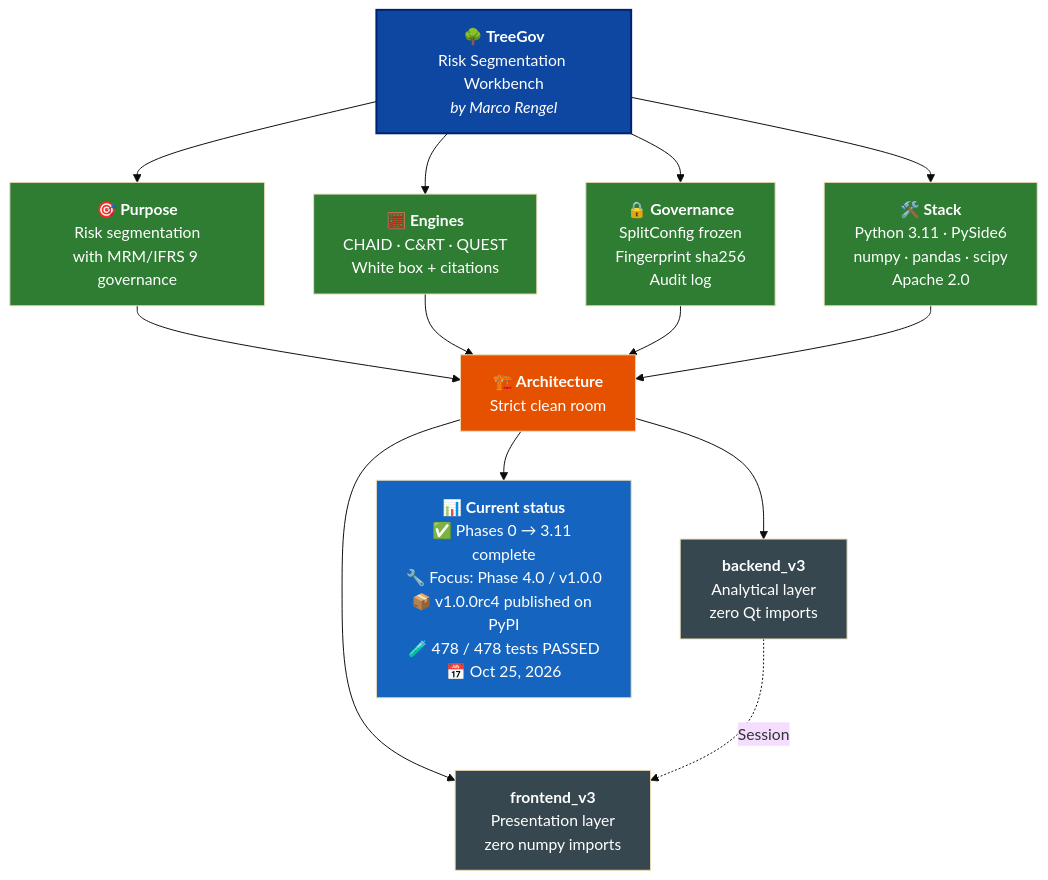
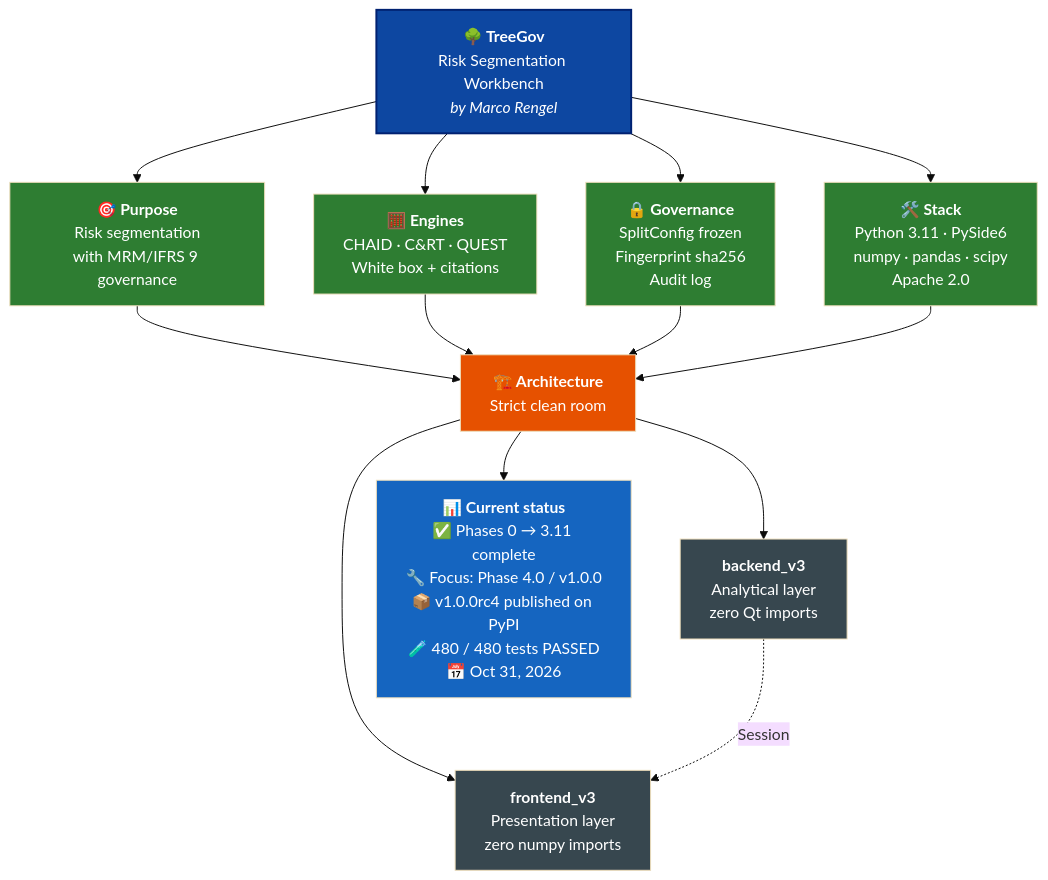
The diagram in README.md (Marco-Rengel/treegov), drawn with Mermaid (base theme) before and after one commit. The commit also changed other lines of this file and 23 other files, not shown here.

````diff
--- a/README.md
+++ b/README.md
@@ -38,31 +38,31 @@
 ```mermaid
 flowchart TB
     TG["<b>🌳 TreeGov</b><br/>Risk Segmentation Workbench<br/><i>by Marco Rengel</i>"]
 
     TG --> P["<b>🎯 Purpose</b><br/>Risk segmentation<br/>with MRM/IFRS 9 governance"]
     TG --> M["<b>🧮 Engines</b><br/>CHAID · C&RT · QUEST<br/>White box + citations"]
     TG --> G["<b>🔒 Governance</b><br/>SplitConfig frozen<br/>Fingerprint sha256<br/>Audit log"]
     TG --> S["<b>🛠️ Stack</b><br/>Python 3.11 · PySide6<br/>numpy · pandas · scipy<br/>Apache 2.0"]
 
     P --> ARQ["<b>🏗️ Architecture</b><br/>Strict clean room"]
     M --> ARQ
     G --> ARQ
     S --> ARQ
 
     ARQ --> BE["<b>backend_v3</b><br/>Analytical layer<br/>zero Qt imports"]
     ARQ --> FE["<b>frontend_v3</b><br/>Presentation layer<br/>zero numpy imports"]
 
     BE -.->|Session| FE
 
-    ARQ --> ST["<b>📊 Current status</b><br/>✅ Phases 0 → 3.11 complete<br/>🔧 Focus: Phase 4.0 / v1.0.0<br/>📦 v1.0.0rc4 published on PyPI<br/>🧪 478 / 478 tests PASSED<br/>📅 Oct 25, 2026"]
+    ARQ --> ST["<b>📊 Current status</b><br/>✅ Phases 0 → 3.11 complete<br/>🔧 Focus: Phase 4.0 / v1.0.0<br/>📦 v1.0.0rc4 published on PyPI<br/>🧪 480 / 480 tests PASSED<br/>📅 Oct 31, 2026"]
 
     style TG fill:#0D47A1,color:#fff,stroke:#002171,stroke-width:2px
     style P fill:#2E7D32,color:#fff
     style M fill:#2E7D32,color:#fff
     style G fill:#2E7D32,color:#fff
     style S fill:#2E7D32,color:#fff
     style ARQ fill:#E65100,color:#fff
     style BE fill:#37474F,color:#fff
     style FE fill:#37474F,color:#fff
     style ST fill:#1565C0,color:#fff
 ```
````
